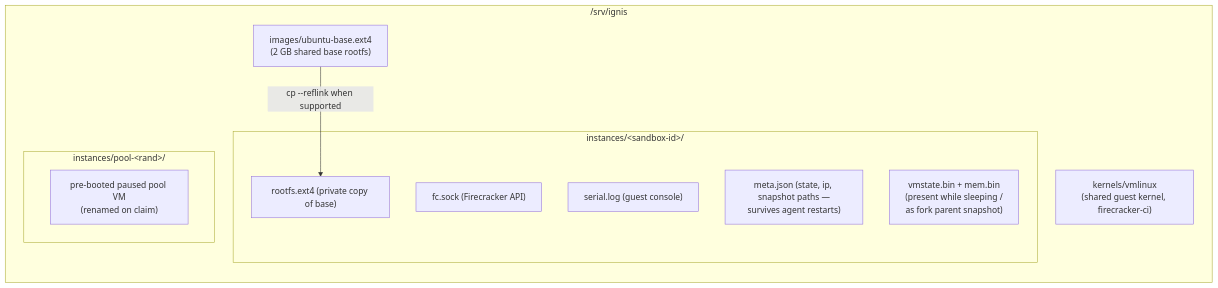
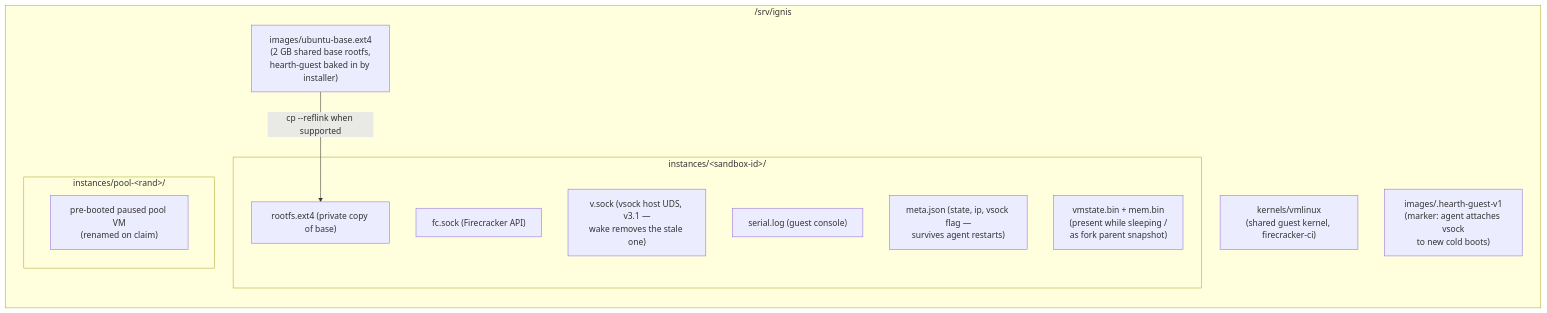
One commit to Sodoko-dev/felucca changed diagram 11 of 11 in docs/ARCHITECTURE.md. Above: the diagram before and after it, drawn with Mermaid. The commit also changed other lines of this file and 3 other files, not shown here.

First line of the commit message:
Docs: v3.1 architecture (vsock exec + fork re-IP) and full project history

````diff
--- a/docs/ARCHITECTURE.md
+++ b/docs/ARCHITECTURE.md
@@ -340,18 +398,20 @@
 ```mermaid
 flowchart LR
     subgraph srv["/srv/ignis"]
         K["kernels/vmlinux<br/>(shared guest kernel, firecracker-ci)"]
-        B["images/ubuntu-base.ext4<br/>(2 GB shared base rootfs)"]
+        B["images/ubuntu-base.ext4<br/>(2 GB shared base rootfs,<br/>hearth-guest baked in by installer)"]
+        MK["images/.hearth-guest-v1<br/>(marker: agent attaches vsock<br/>to new cold boots)"]
         subgraph inst["instances/&lt;sandbox-id&gt;/"]
             RF["rootfs.ext4 (private copy of base)"]
             SK["fc.sock (Firecracker API)"]
+            VS["v.sock (vsock host UDS, v3.1 —<br/>wake removes the stale one)"]
             SL["serial.log (guest console)"]
-            MJ["meta.json (state, ip, snapshot paths —<br/>survives agent restarts)"]
+            MJ["meta.json (state, ip, vsock flag —<br/>survives agent restarts)"]
             SN["vmstate.bin + mem.bin<br/>(present while sleeping /<br/>as fork parent snapshot)"]
         end
         subgraph pool["instances/pool-&lt;rand&gt;/"]
             PV["pre-booted paused pool VM<br/>(renamed on claim)"]
         end
     end
     B -->|"cp --reflink when supported"| RF
 ```
````
